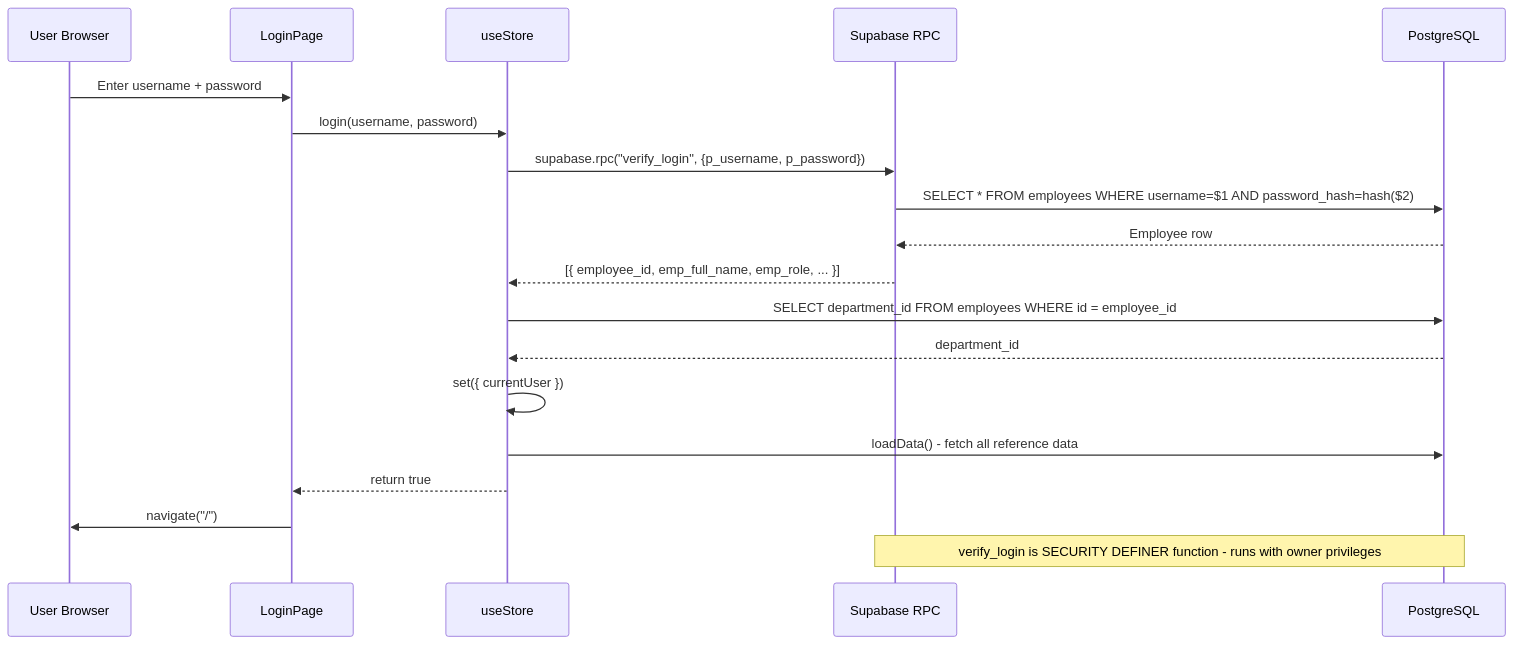
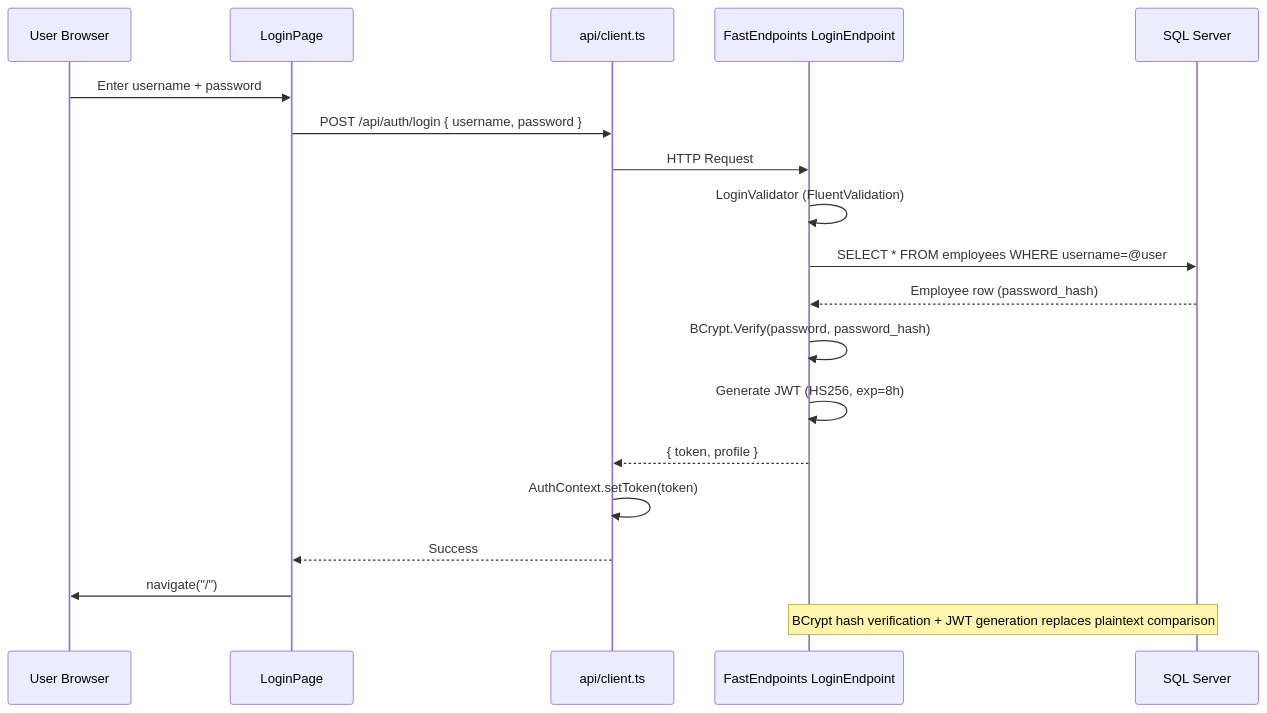
One commit to Ali-AnNT/qlnp-ttcds changed the fourth of 7 diagrams in docs/system-architecture.md. Above: the diagram before and after it, drawn with Mermaid. The commit also changed other lines of this file and 6 other files, not shown here.

First line of the commit message:
docs: update documentation and migration plan for .NET 9 + FastEndpoints

````diff
--- a/docs/system-architecture.md
+++ b/docs/system-architecture.md
@@ -141,23 +211,23 @@
 ```mermaid
 sequenceDiagram
     participant User as User Browser
     participant Login as LoginPage
-    participant Store as useStore
-    participant RPC as Supabase RPC
-    participant DB as PostgreSQL
+    participant API as api/client.ts
+    participant FE as FastEndpoints LoginEndpoint
+    participant DB as SQL Server
 
     User->>Login: Enter username + password
-    Login->>Store: login(username, password)
-    Store->>RPC: supabase.rpc("verify_login", {p_username, p_password})
-    RPC->>DB: SELECT * FROM employees WHERE username=$1 AND password_hash=hash($2)
-    DB-->>RPC: Employee row
-    RPC-->>Store: [{ employee_id, emp_full_name, emp_role, ... }]
-    Store->>DB: SELECT department_id FROM employees WHERE id = employee_id
-    DB-->>Store: department_id
-    Store->>Store: set({ currentUser })
-    Store->>DB: loadData() - fetch all reference data
-    Store-->>Login: return true
+    Login->>API: POST /api/auth/login { username, password }
+    API->>FE: HTTP Request
+    FE->>FE: LoginValidator (FluentValidation)
+    FE->>DB: SELECT * FROM employees WHERE username=@user
+    DB-->>FE: Employee row (password_hash)
+    FE->>FE: BCrypt.Verify(password, password_hash)
+    FE->>FE: Generate JWT (HS256, exp=8h)
+    FE-->>API: { token, profile }
+    API->>API: AuthContext.setToken(token)
+    API-->>Login: Success
     Login->>User: navigate("/")
 
-    Note over RPC,DB: verify_login is SECURITY DEFINER function - runs with owner privileges
+    Note over FE,DB: BCrypt hash verification + JWT generation replaces plaintext comparison
 ```
````
